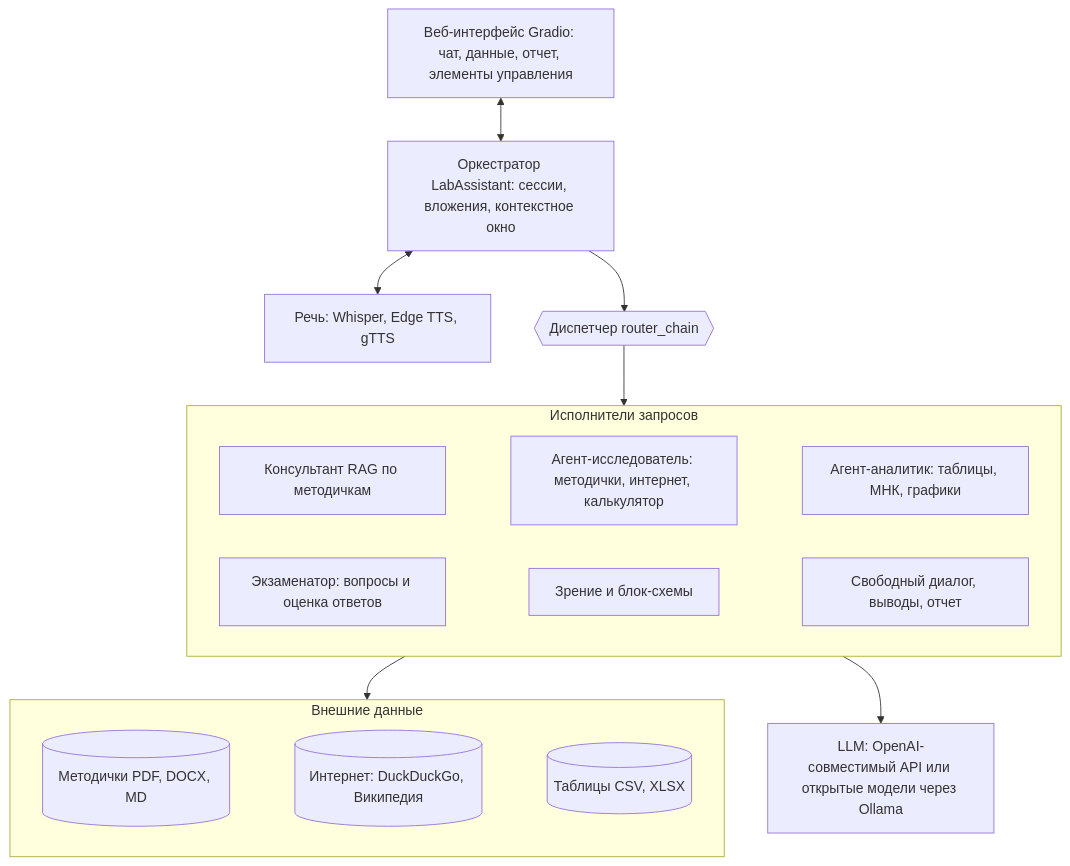
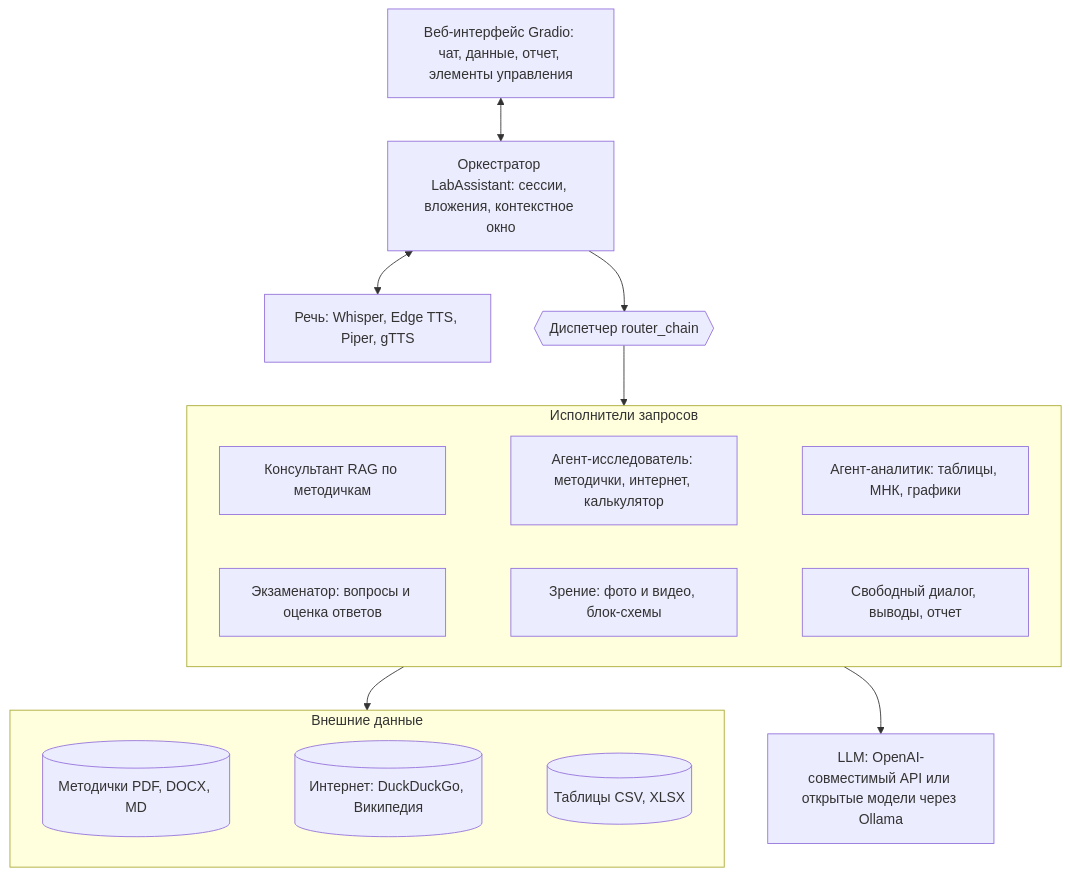
Before and after one commit to OlegSanMos/Lab-assistant: the second of 7 diagrams in README.md, drawn with Mermaid. The commit also changed other lines of this file and 27 other files, not shown here.

````diff
--- a/README.md
+++ b/README.md
@@ -91,23 +91,23 @@
 ```mermaid
 flowchart TB
     UI["Веб-интерфейс Gradio: чат, данные, отчет, элементы управления"]
     ORCH["Оркестратор LabAssistant: сессии, вложения, контекстное окно"]
-    SP["Речь: Whisper, Edge TTS, gTTS"]
+    SP["Речь: Whisper, Edge TTS, Piper, gTTS"]
     R{{"Диспетчер router_chain"}}
     UI <--> ORCH
     ORCH <--> SP
     ORCH --> R
     R --> EXEC
     subgraph EXEC["Исполнители запросов"]
         direction LR
         E1["Консультант RAG по методичкам"] ~~~ E2["Агент-исследователь: методички, интернет, калькулятор"] ~~~ E3["Агент-аналитик: таблицы, МНК, графики"]
-        E4["Экзаменатор: вопросы и оценка ответов"] ~~~ E5["Зрение и блок-схемы"] ~~~ E6["Свободный диалог, выводы, отчет"]
+        E4["Экзаменатор: вопросы и оценка ответов"] ~~~ E5["Зрение: фото и видео, блок-схемы"] ~~~ E6["Свободный диалог, выводы, отчет"]
     end
     EXEC --> DATA
     EXEC --> LLM
     subgraph DATA["Внешние данные"]
         direction LR
         KB[("Методички PDF, DOCX, MD")] ~~~ WEB[("Интернет: DuckDuckGo, Википедия")] ~~~ TAB[("Таблицы CSV, XLSX")]
     end
     LLM["LLM: OpenAI-совместимый API или открытые модели через Ollama"]
 ```
````
